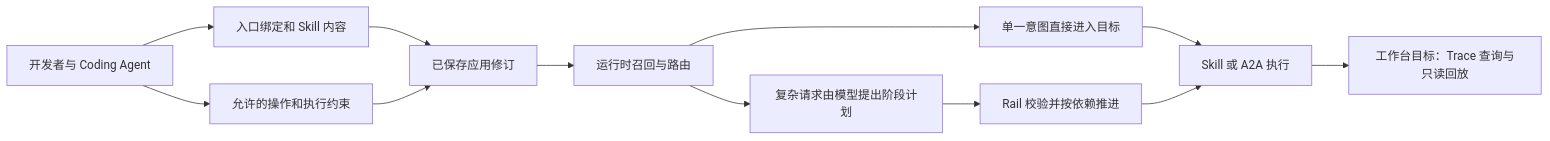
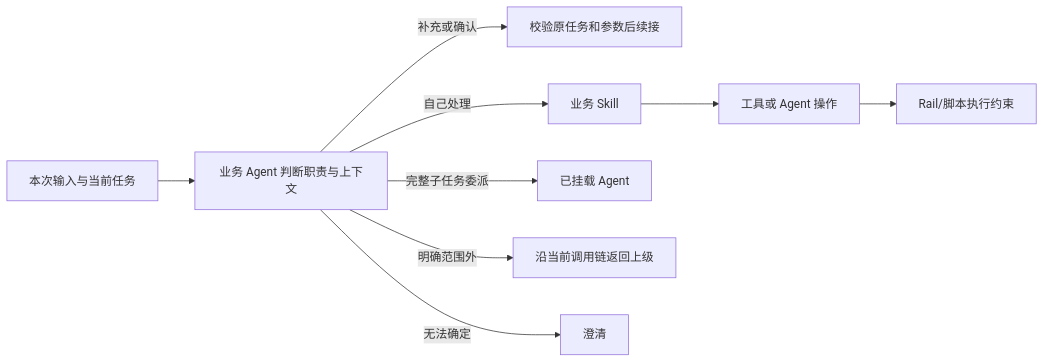
Before and after one commit to Vincenttao/agent-builder-java: the second of 2 diagrams in docs/Agent开发工作台_PRD_v2.0.md, drawn with Mermaid. The commit also changed other lines of this file and 11 other files, not shown here.

````diff
--- a/docs/Agent开发工作台_PRD_v2.0.md
+++ b/docs/Agent开发工作台_PRD_v2.0.md
@@ -240,14 +238,11 @@
 ```mermaid
 flowchart LR
-  A[开发者与 Coding Agent] --> B[入口绑定和 Skill 内容]
-  A --> C[允许的操作和执行约束]
-  B --> D[已保存应用修订]
-  C --> D
-  D --> E[运行时召回与路由]
-  E --> F[单一意图直接进入目标]
-  E --> G[复杂请求由模型提出阶段计划]
-  F --> H[Skill 或 A2A 执行]
-  G --> I[Rail 校验并按依赖推进]
-  I --> H
-  H --> J[工作台目标：Trace 查询与只读回放]
+  U[本次输入与当前任务] --> B[业务 Agent 判断职责与上下文]
+  B -->|补充或确认| C[校验原任务和参数后续接]
+  B -->|自己处理| S[业务 Skill]
+  S --> O[工具或 Agent 操作]
+  B -->|完整子任务委派| A[已挂载 Agent]
+  B -->|明确范围外| R[沿当前调用链返回上级]
+  B -->|无法确定| Q[澄清]
+  O --> G[Rail/脚本执行约束]
 ```
````
